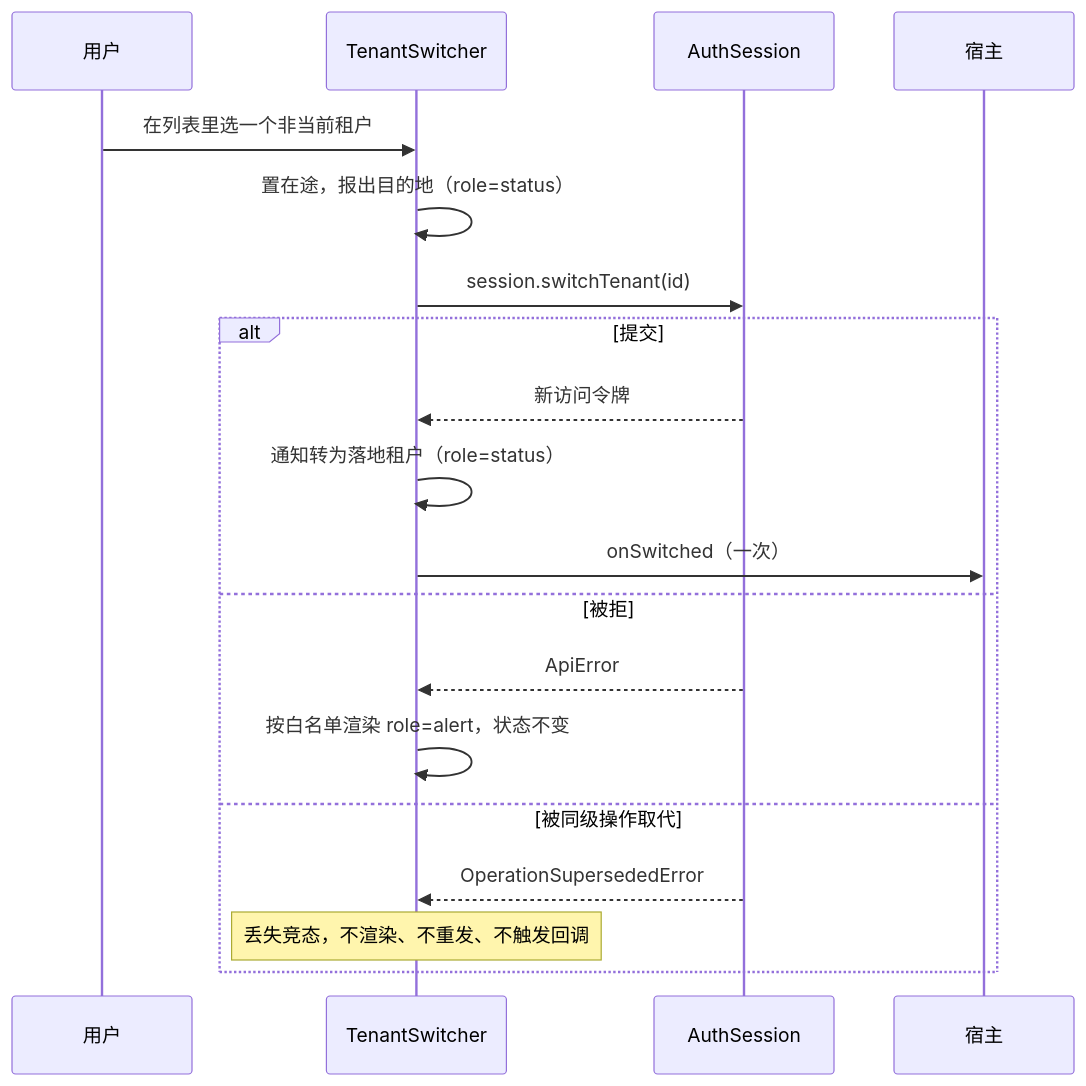
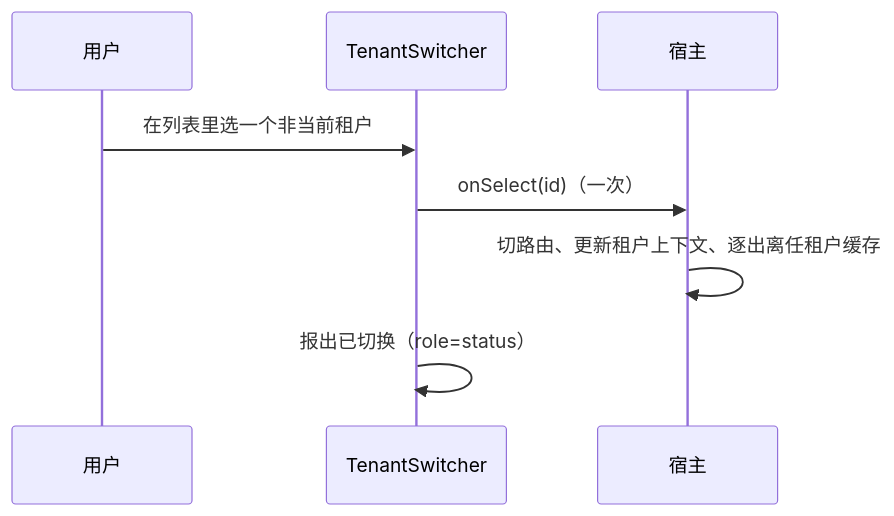
One commit to wangzw/speed changed the diagram in docs/design/modules/web/design-web-tenancy-ui.md. Above: the diagram before and after it, drawn with Mermaid. The commit also changed other lines of this file and 534 other files, not shown here.

````diff
--- a/docs/design/modules/web/design-web-tenancy-ui.md
+++ b/docs/design/modules/web/design-web-tenancy-ui.md
@@ -63,21 +61,10 @@
 ```mermaid
 sequenceDiagram
     participant U as 用户
     participant T as TenantSwitcher
-    participant S as AuthSession
     participant H as 宿主
     U->>T: 在列表里选一个非当前租户
-    T->>T: 置在途，报出目的地（role=status）
-    T->>S: session.switchTenant(id)
-    alt 提交
-        S-->>T: 新访问令牌
-        T->>T: 通知转为落地租户（role=status）
-        T->>H: onSwitched（一次）
-    else 被拒
-        S-->>T: ApiError
-        T->>T: 按白名单渲染 role=alert，状态不变
-    else 被同级操作取代
-        S-->>T: OperationSupersededError
-        Note over T: 丢失竞态，不渲染、不重发、不触发回调
-    end
+    T->>H: onSelect(id)（一次）
+    H->>H: 切路由、更新租户上下文、逐出离任租户缓存
+    T->>T: 报出已切换（role=status）
 ```
````
